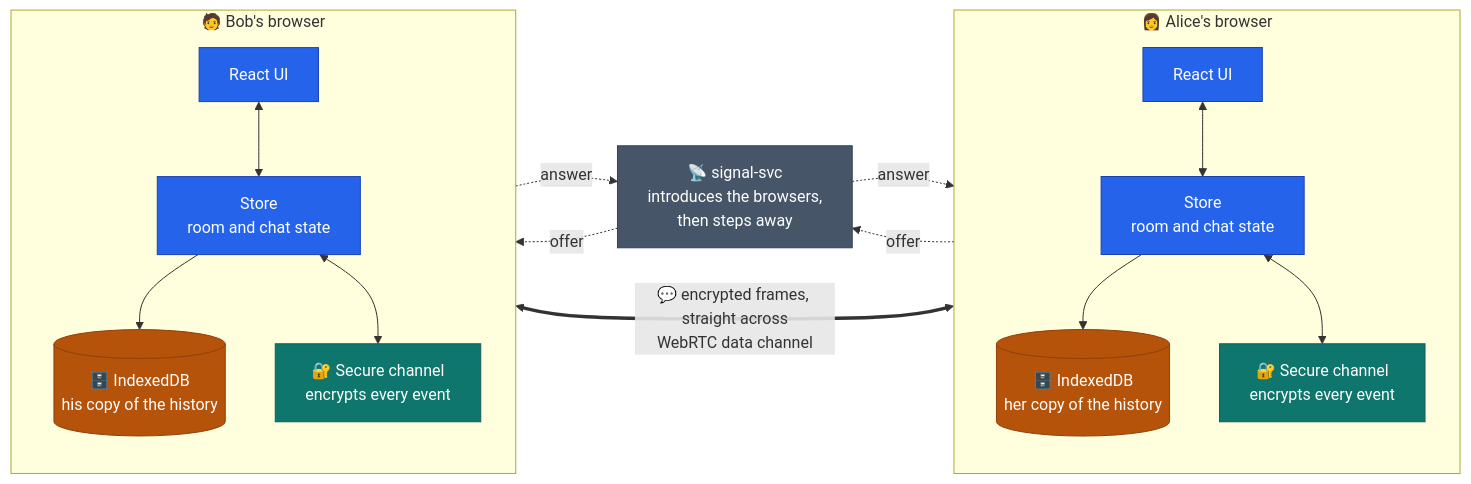
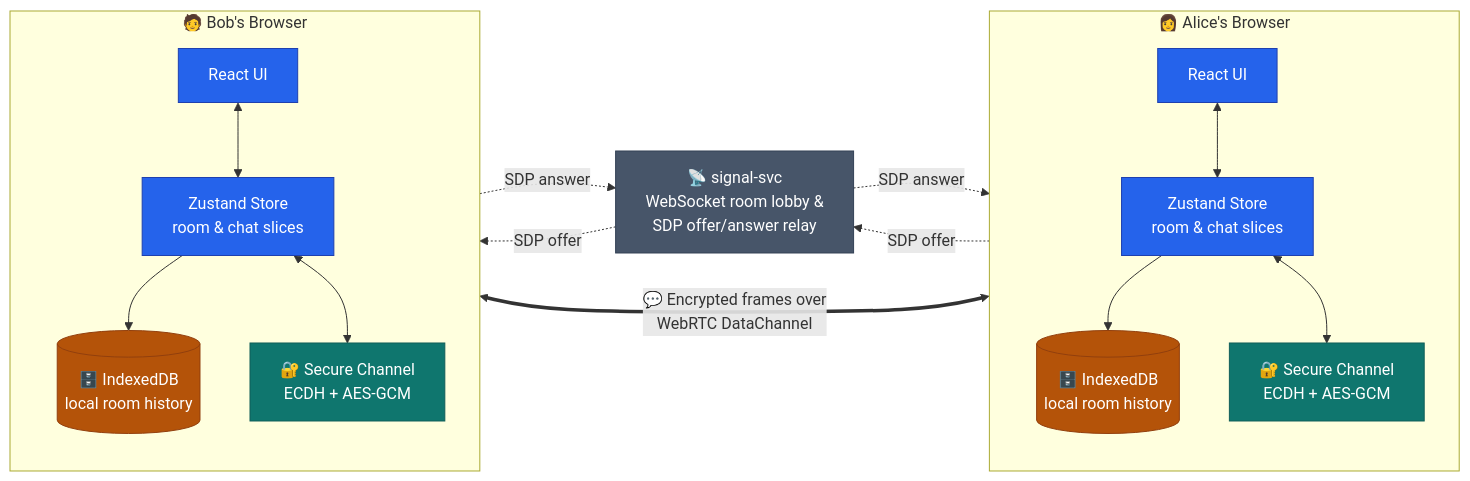
The first of 10 diagrams in README.md (LitHaxor/webRTC-mesh-chat), drawn with Mermaid before and after one commit. The commit also changed other lines of this file, not shown here.

````diff
--- a/README.md
+++ b/README.md
@@ -143,33 +108,33 @@
 ```mermaid
 flowchart LR
-  subgraph A["👩 Alice's browser"]
+  subgraph A["👩 Alice's Browser"]
     direction TB
-    UIA["React UI"] <--> StoreA["Store<br/>room and chat state"]
-    StoreA --> DBA[("🗄️ IndexedDB<br/>her copy of the history")]
-    StoreA <--> SecA["🔐 Secure channel<br/>encrypts every event"]
+    UIA["React UI"] <--> StoreA["Zustand Store<br/>room & chat slices"]
+    StoreA --> DBA[("🗄️ IndexedDB<br/>local room history")]
+    StoreA <--> SecA["🔐 Secure Channel<br/>ECDH + AES-GCM"]
   end
 
-  SIG["📡 signal-svc<br/>introduces the browsers,<br/>then steps away"]
+  SIG["📡 signal-svc<br/>WebSocket room lobby &<br/>SDP offer/answer relay"]
 
-  subgraph B["🧑 Bob's browser"]
+  subgraph B["🧑 Bob's Browser"]
     direction TB
-    UIB["React UI"] <--> StoreB["Store<br/>room and chat state"]
-    StoreB --> DBB[("🗄️ IndexedDB<br/>his copy of the history")]
-    StoreB <--> SecB["🔐 Secure channel<br/>encrypts every event"]
+    UIB["React UI"] <--> StoreB["Zustand Store<br/>room & chat slices"]
+    StoreB --> DBB[("🗄️ IndexedDB<br/>local room history")]
+    StoreB <--> SecB["🔐 Secure Channel<br/>ECDH + AES-GCM"]
   end
 
-  SecA -. "offer" .-> SIG
-  SIG -. "answer" .-> SecA
-  SIG -. "offer" .-> SecB
-  SecB -. "answer" .-> SIG
-  SecA <== "💬 encrypted frames, straight across<br/>WebRTC data channel" ==> SecB
+  SecA -. "SDP offer" .-> SIG
+  SIG -. "SDP answer" .-> SecA
+  SIG -. "SDP offer" .-> SecB
+  SecB -. "SDP answer" .-> SIG
+  SecA <== "💬 Encrypted frames over<br/>WebRTC DataChannel" ==> SecB
 
   classDef person fill:#2563eb,stroke:#1e40af,color:#ffffff
   classDef channel fill:#0f766e,stroke:#115e59,color:#ffffff
   classDef store fill:#b45309,stroke:#92400e,color:#ffffff
   classDef setup fill:#475569,stroke:#334155,color:#ffffff
   class UIA,UIB,StoreA,StoreB person
   class SecA,SecB channel
   class DBA,DBB store
   class SIG setup
 ```
````
